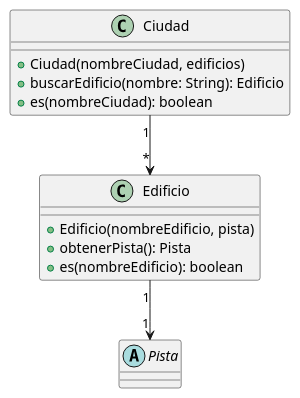
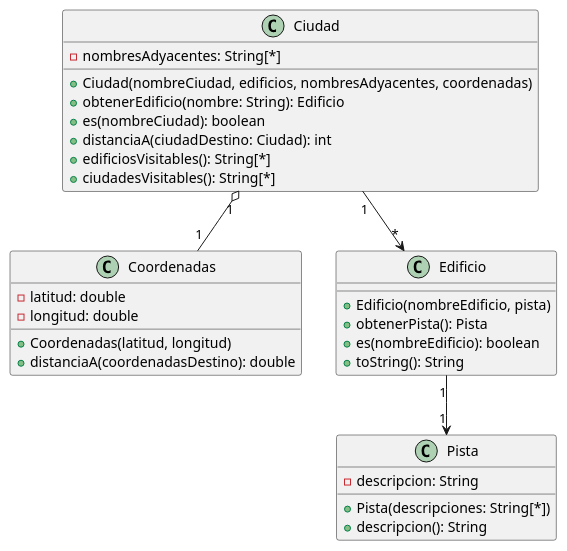
One commit to MegaRedHand/algo-thief changed the diagram in diagrams/classes/clase_ciudad.plantuml. Above: the diagram before and after it, drawn with PlantUML. The commit also changed 37 other files, not shown here.

Commit message:
docs: actualizo los diagramas de clase

```diff
--- a/diagrams/classes/clase_ciudad.plantuml
+++ b/diagrams/classes/clase_ciudad.plantuml
@@ -1,20 +1,37 @@
 @startuml
 
 class Ciudad {
-    + Ciudad(nombreCiudad, edificios)
-    + buscarEdificio(nombre: String): Edificio
+    - nombresAdyacentes: String[*]
+    + Ciudad(nombreCiudad, edificios, nombresAdyacentes, coordenadas)
+    + obtenerEdificio(nombre: String): Edificio
     + es(nombreCiudad): boolean
+    + distanciaA(ciudadDestino: Ciudad): int
+    + edificiosVisitables(): String[*]
+    + ciudadesVisitables(): String[*]
+}
+
+class Coordenadas {
+    - latitud: double
+    - longitud: double
+    + Coordenadas(latitud, longitud)
+    + distanciaA(coordenadasDestino): double
 }
 
 class Edificio {
     + Edificio(nombreEdificio, pista)
     + obtenerPista(): Pista
     + es(nombreEdificio): boolean
+    + toString(): String
 }
 
-abstract class Pista
+class Pista {
+    - descripcion: String
+    + Pista(descripciones: String[*])
+    + descripcion(): String
+}
 
+Ciudad "1" o-- "1" Coordenadas
 Ciudad "1" --> "*" Edificio
 Edificio "1" --> "1" Pista
 
 @enduml
```
